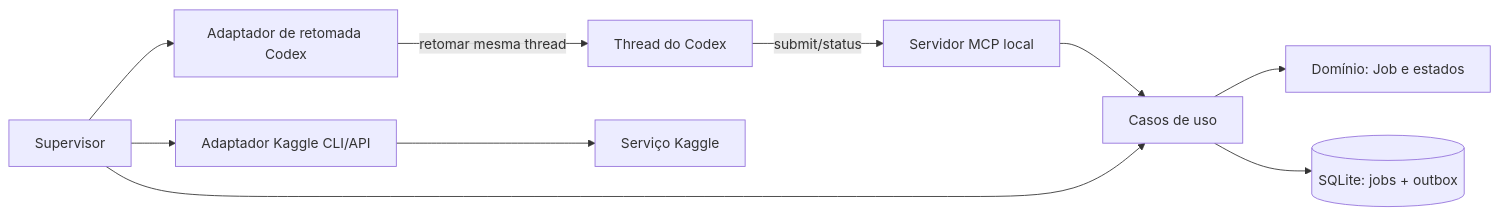
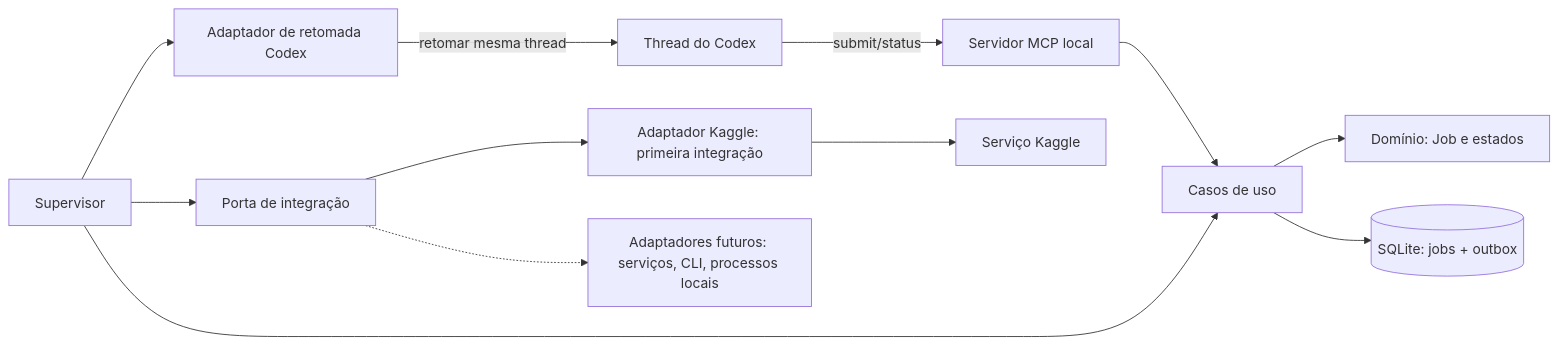
One commit to ViniciusLamarca/Background-Process changed the diagram in README.md. Above: the diagram before and after it, drawn with Mermaid. The commit also changed other lines of this file and 3 other files, not shown here.

````diff
--- a/README.md
+++ b/README.md
@@ -18,12 +22,14 @@
 ```mermaid
 flowchart LR
     C[Thread do Codex] -->|submit/status| M[Servidor MCP local]
     M --> A[Casos de uso]
     A --> D[Domínio: Job e estados]
     A --> R[(SQLite: jobs + outbox)]
     S[Supervisor] --> A
-    S --> K[Adaptador Kaggle CLI/API]
+    S --> P[Porta de integração]
+    P --> K[Adaptador Kaggle: primeira integração]
+    P -.-> F[Adaptadores futuros: serviços, CLI, processos locais]
     K --> G[Serviço Kaggle]
     S --> X[Adaptador de retomada Codex]
     X -->|retomar mesma thread| C
 ```
````
